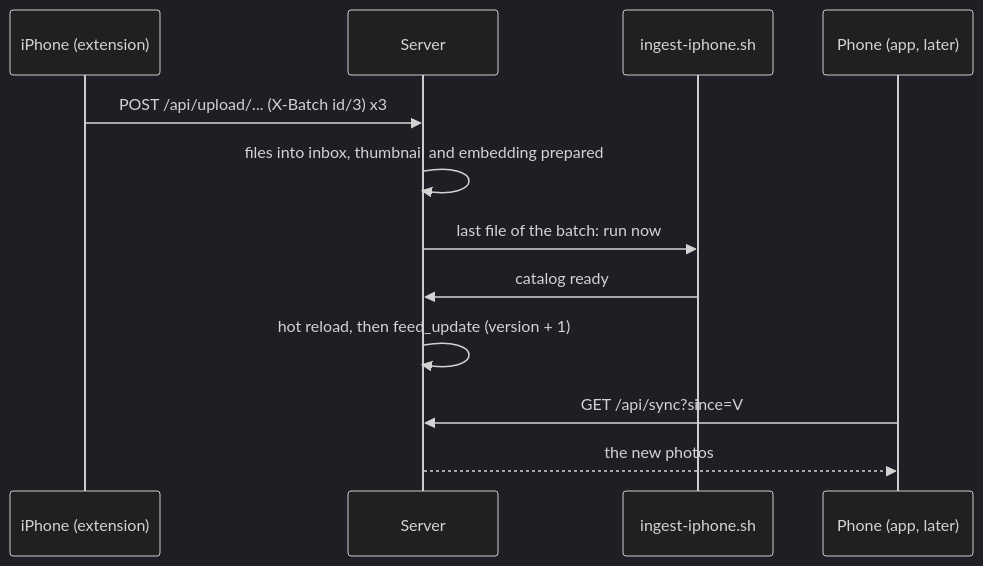
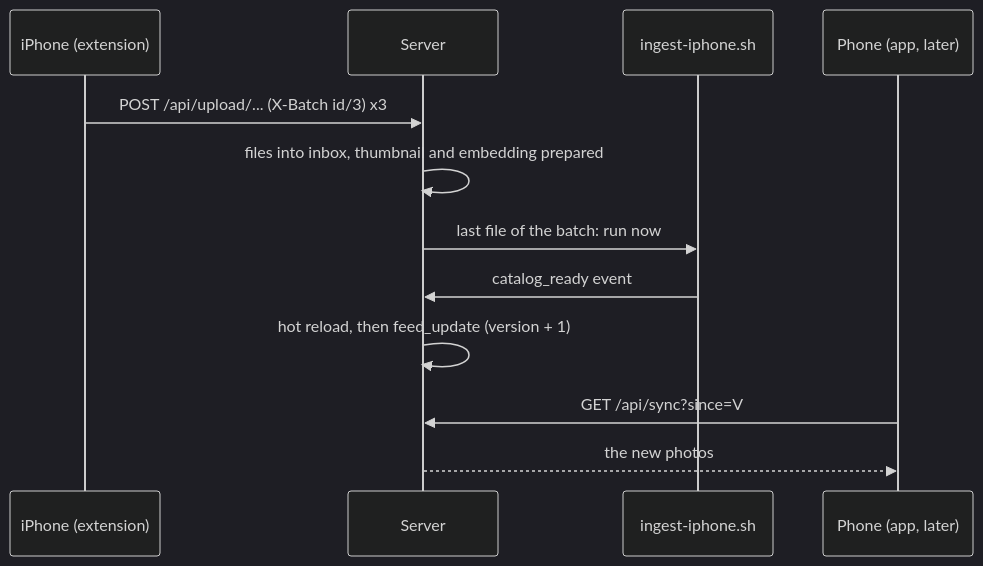
Before and after one commit to jflam/photo-estate: the second of 2 diagrams in docs/book/24-uploading.md, drawn with Mermaid (dark theme). The commit also changed 19 other files, not shown here.

````diff
--- a/docs/book/24-uploading.md
+++ b/docs/book/24-uploading.md
@@ -153,14 +153,14 @@
 ```mermaid
 sequenceDiagram
     participant Ph as iPhone (extension)
     participant S as Server
     participant J as ingest-iphone.sh
     participant D as Phone (app, later)
     Ph->>S: POST /api/upload/... (X-Batch id/3) x3
     S->>S: files into inbox, thumbnail and embedding prepared
     S->>J: last file of the batch: run now
-    J->>S: catalog ready
+    J->>S: catalog_ready event
     S->>S: hot reload, then feed_update (version + 1)
     D->>S: GET /api/sync?since=V
     S-->>D: the new photos
 ```
````
